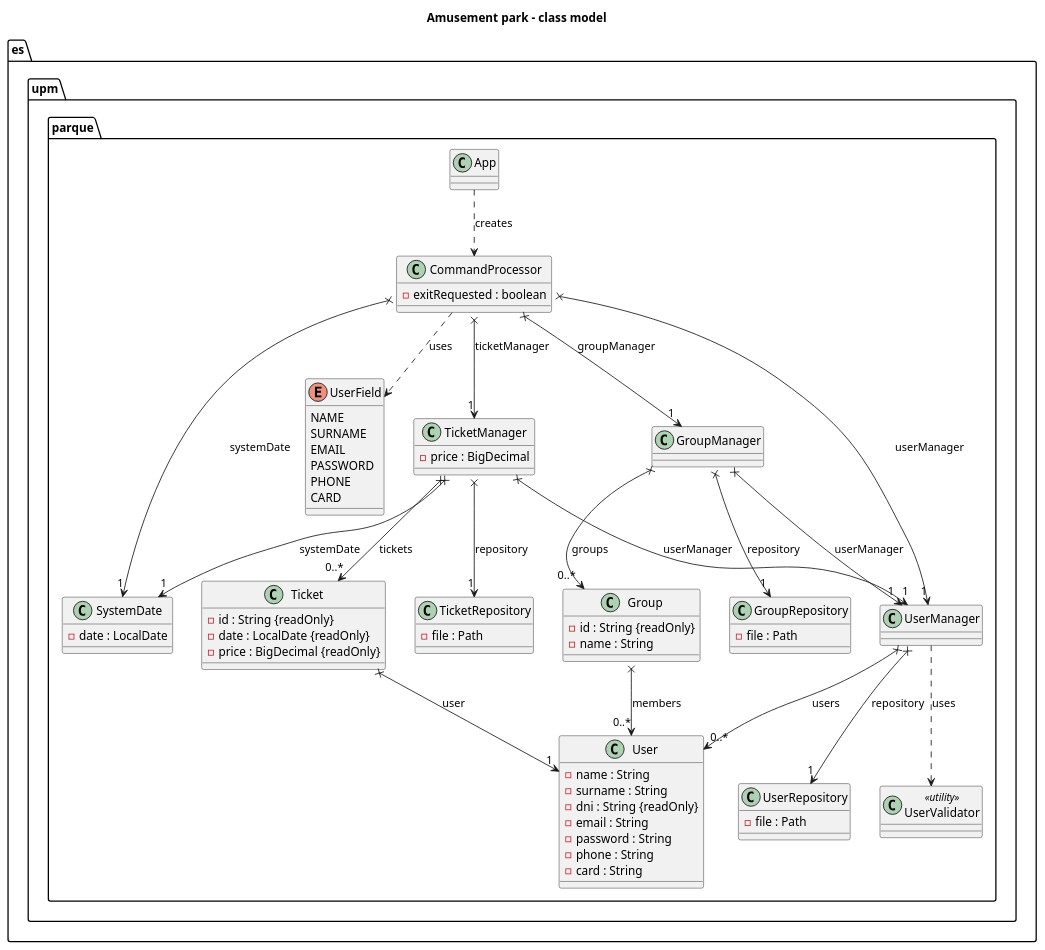
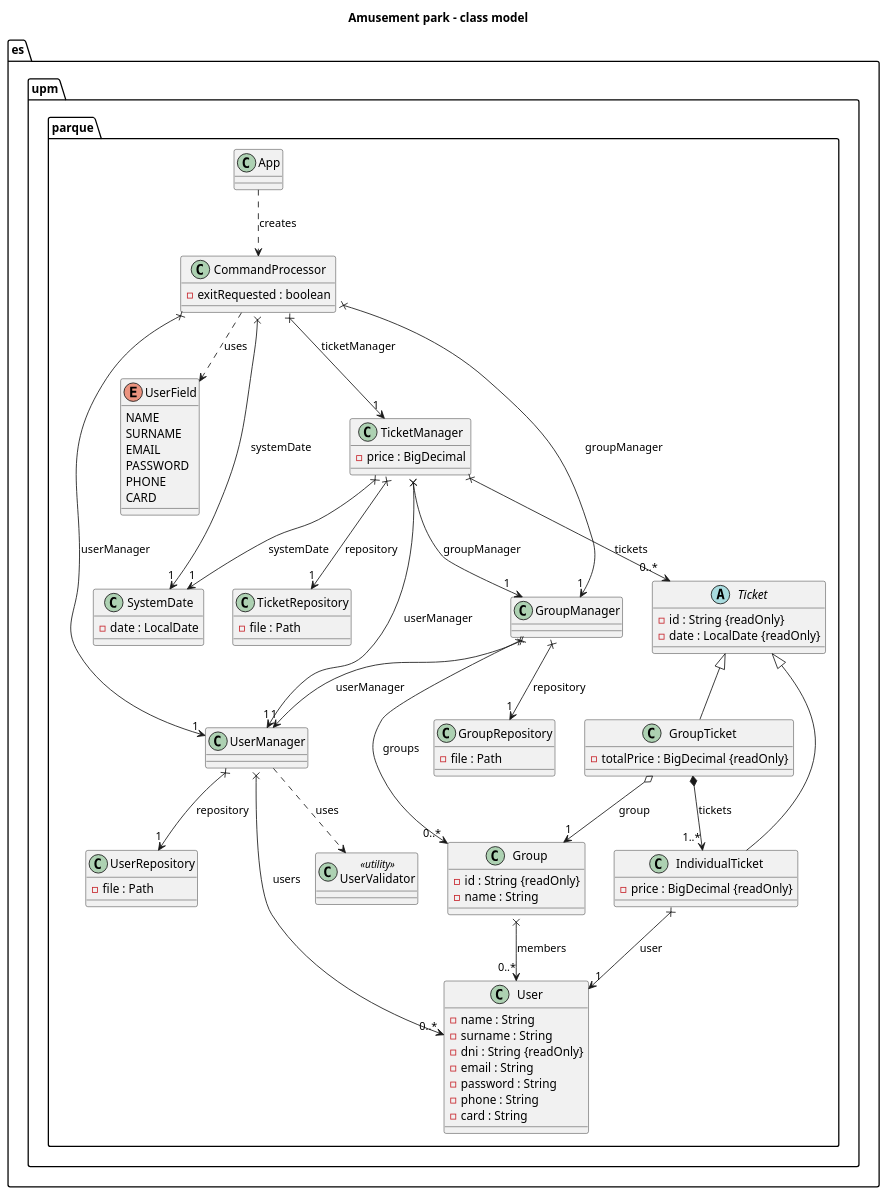
One commit to skai-upm/caise27 changed the diagram in uml/model.puml. Above: the diagram before and after it, drawn with PlantUML. The commit also changed 26 other files, not shown here.

```diff
--- a/uml/model.puml
+++ b/uml/model.puml
@@ -1,92 +1,104 @@
 @startuml model
 title Amusement park - class model
 
 package es.upm.parque {
 
   class App {
   }
 
   class CommandProcessor {
     - exitRequested : boolean
   }
 
   class SystemDate {
     - date : LocalDate
   }
 
   class User {
     - name : String
     - surname : String
     - dni : String {readOnly}
     - email : String
     - password : String
     - phone : String
     - card : String
   }
 
   enum UserField {
     NAME
     SURNAME
     EMAIL
     PASSWORD
     PHONE
     CARD
   }
 
   class UserValidator <<utility>> {
   }
 
   class UserManager {
   }
 
   class UserRepository {
     - file : Path
   }
 
   class Group {
     - id : String {readOnly}
     - name : String
   }
 
   class GroupManager {
   }
 
   class GroupRepository {
     - file : Path
   }
 
-  class Ticket {
+  abstract class Ticket {
     - id : String {readOnly}
     - date : LocalDate {readOnly}
+  }
+
+  class IndividualTicket {
     - price : BigDecimal {readOnly}
+  }
+
+  class GroupTicket {
+    - totalPrice : BigDecimal {readOnly}
   }
 
   class TicketManager {
     - price : BigDecimal
   }
 
   class TicketRepository {
     - file : Path
   }
 }
 
 App ..> CommandProcessor : creates
 CommandProcessor x--> "1" UserManager : userManager
 CommandProcessor x--> "1" GroupManager : groupManager
 CommandProcessor x--> "1" TicketManager : ticketManager
 CommandProcessor x--> "1" SystemDate : systemDate
 CommandProcessor ..> UserField : uses
 UserManager x--> "1" UserRepository : repository
 UserManager x--> "0..*" User : users
 UserManager ..> UserValidator : uses
 GroupManager x--> "1" GroupRepository : repository
 GroupManager x--> "1" UserManager : userManager
 GroupManager x--> "0..*" Group : groups
 Group x--> "0..*" User : members
 TicketManager x--> "1" TicketRepository : repository
 TicketManager x--> "1" UserManager : userManager
 TicketManager x--> "1" SystemDate : systemDate
+TicketManager x--> "1" GroupManager : groupManager
 TicketManager x--> "0..*" Ticket : tickets
-Ticket x--> "1" User : user
+Ticket <|-- IndividualTicket
+Ticket <|-- GroupTicket
+IndividualTicket x--> "1" User : user
+GroupTicket o--> "1" Group : group
+GroupTicket *--> "1..*" IndividualTicket : tickets
 
 @enduml
```
